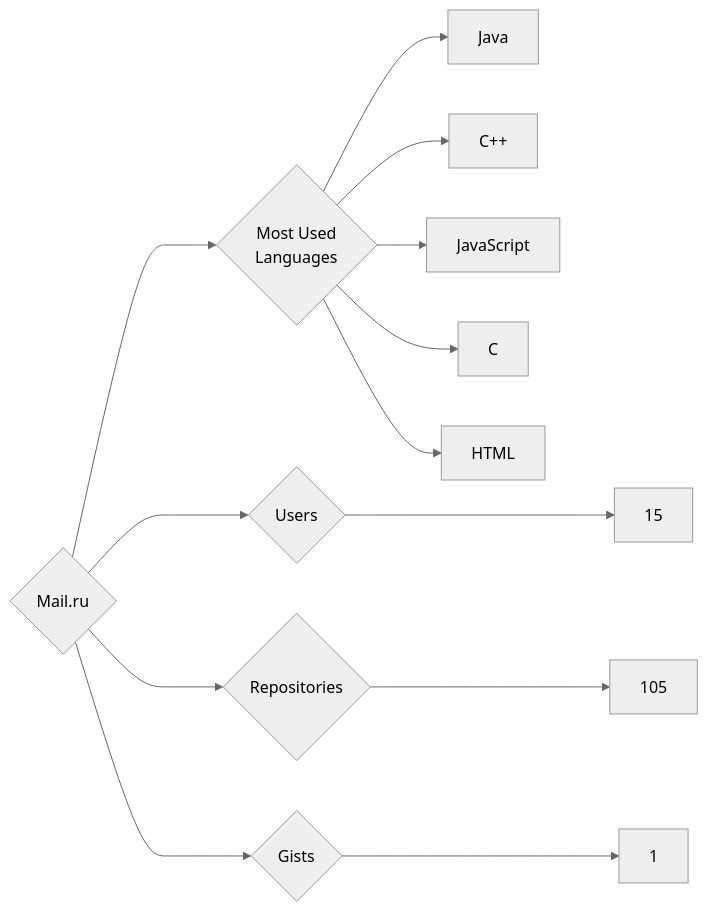
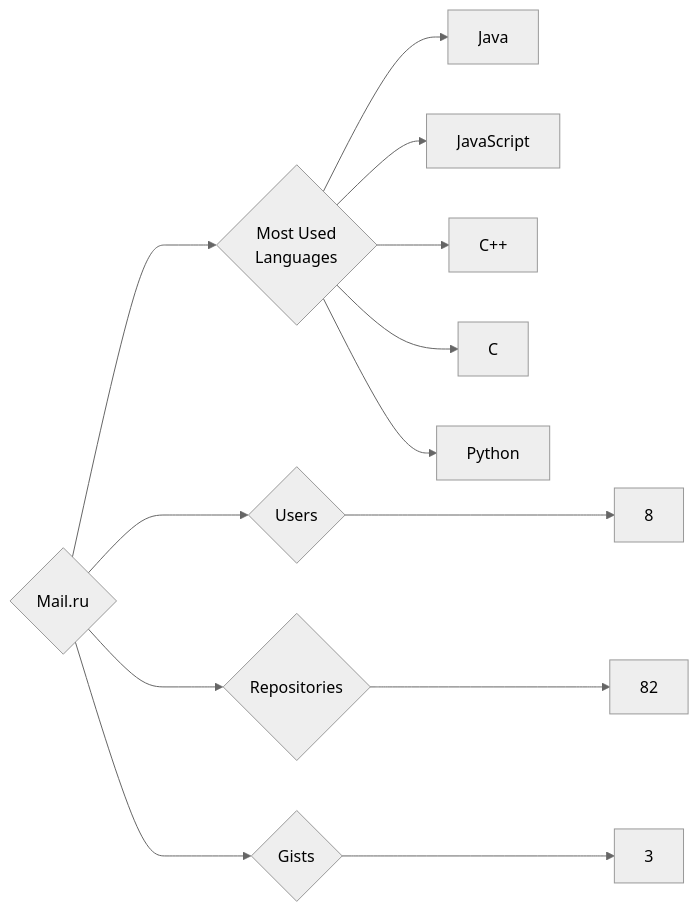
Before and after one commit to trickest/insiders: the diagram in targets/Mail.ru/README.md, drawn with Mermaid (neutral theme). The commit also changed 835 other files, not shown here.

````diff
--- a/targets/Mail.ru/README.md
+++ b/targets/Mail.ru/README.md
@@ -3,13 +3,13 @@
 ```mermaid
 graph LR
 COMPANY_NAME{Mail.ru}
-COMPANY_NAME ---> U{Users} ---> UN[15]
-COMPANY_NAME ---> R{Repositories} ---> RN[105]
-COMPANY_NAME ---> G{Gists} ---> GN[1]
+COMPANY_NAME ---> U{Users} ---> UN[8]
+COMPANY_NAME ---> R{Repositories} ---> RN[82]
+COMPANY_NAME ---> G{Gists} ---> GN[3]
 COMPANY_NAME ---> ML{Most Used<br>Languages}
 ML --> Java[Java]
+ML --> JavaScript[JavaScript]
 ML --> C++[C++]
-ML --> JavaScript[JavaScript]
 ML --> C[C]
-ML --> HTML[HTML]
+ML --> Python[Python]
 ```
````
